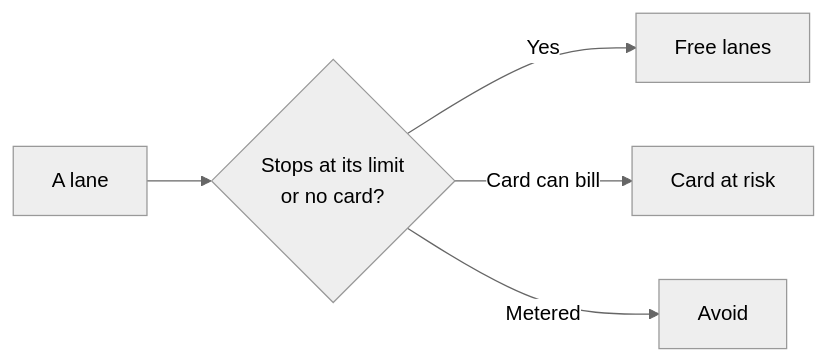
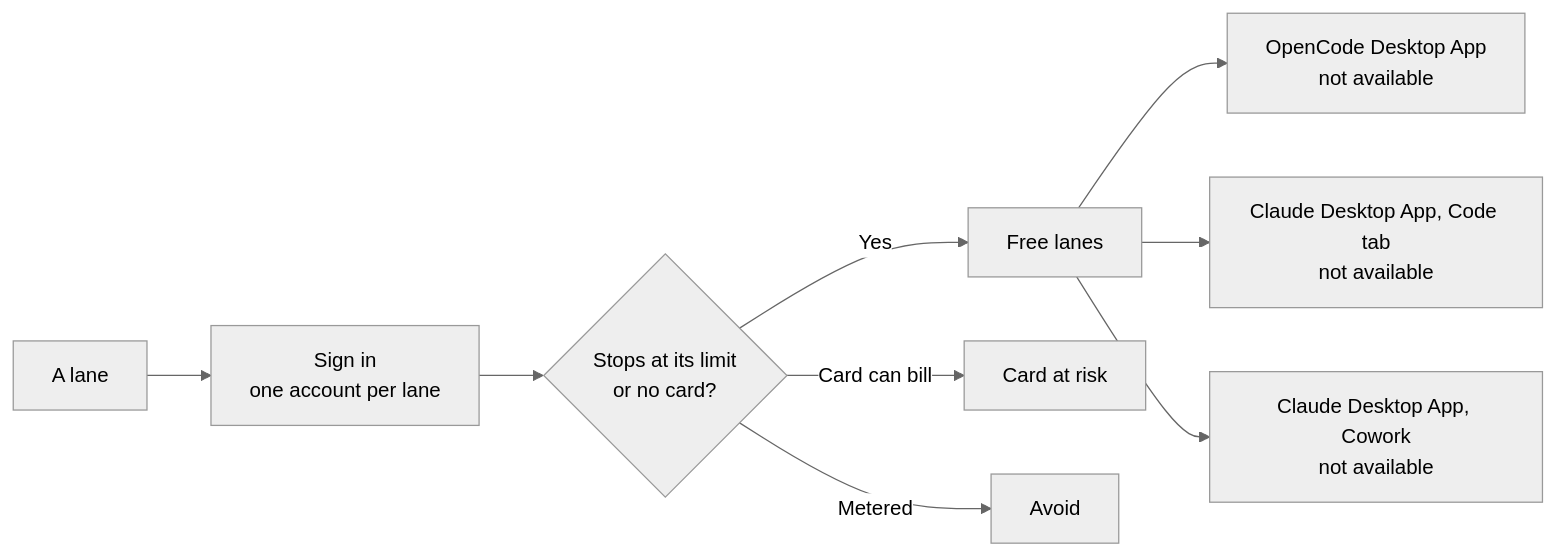
The diagram in guides/training.md (SoulCraft-Org/compute-crafter), drawn with Mermaid (neutral theme) before and after one commit. The commit also changed other lines of this file and 10 other files, not shown here.

First line of the commit message:
🎨 Guides batch 5: Meshy, Claude Desktop MCP, Logins, Training open with a diagram and a three-host wiring table

````diff
--- a/guides/training.md
+++ b/guides/training.md
@@ -7,7 +5,10 @@
 ```mermaid
 flowchart LR
-  L[A lane] --> Q{Stops at its limit<br/>or no card?}
+  L[A lane] --> S[Sign in<br/>one account per lane] --> Q{Stops at its limit<br/>or no card?}
   Q -->|Yes| F[Free lanes]
   Q -->|Card can bill| R[Card at risk]
   Q -->|Metered| A[Avoid]
+  F --> O[OpenCode Desktop App<br/>not available]
+  F --> C[Claude Desktop App, Code tab<br/>not available]
+  F --> W[Claude Desktop App, Cowork<br/>not available]
 ```
````
